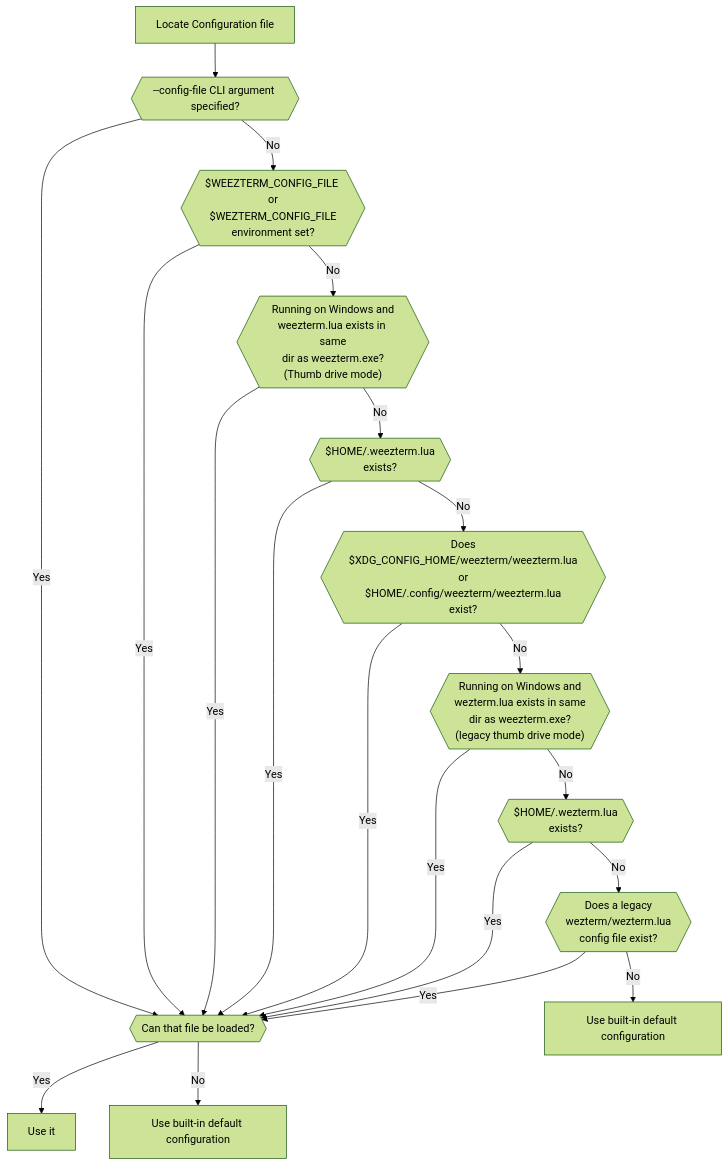
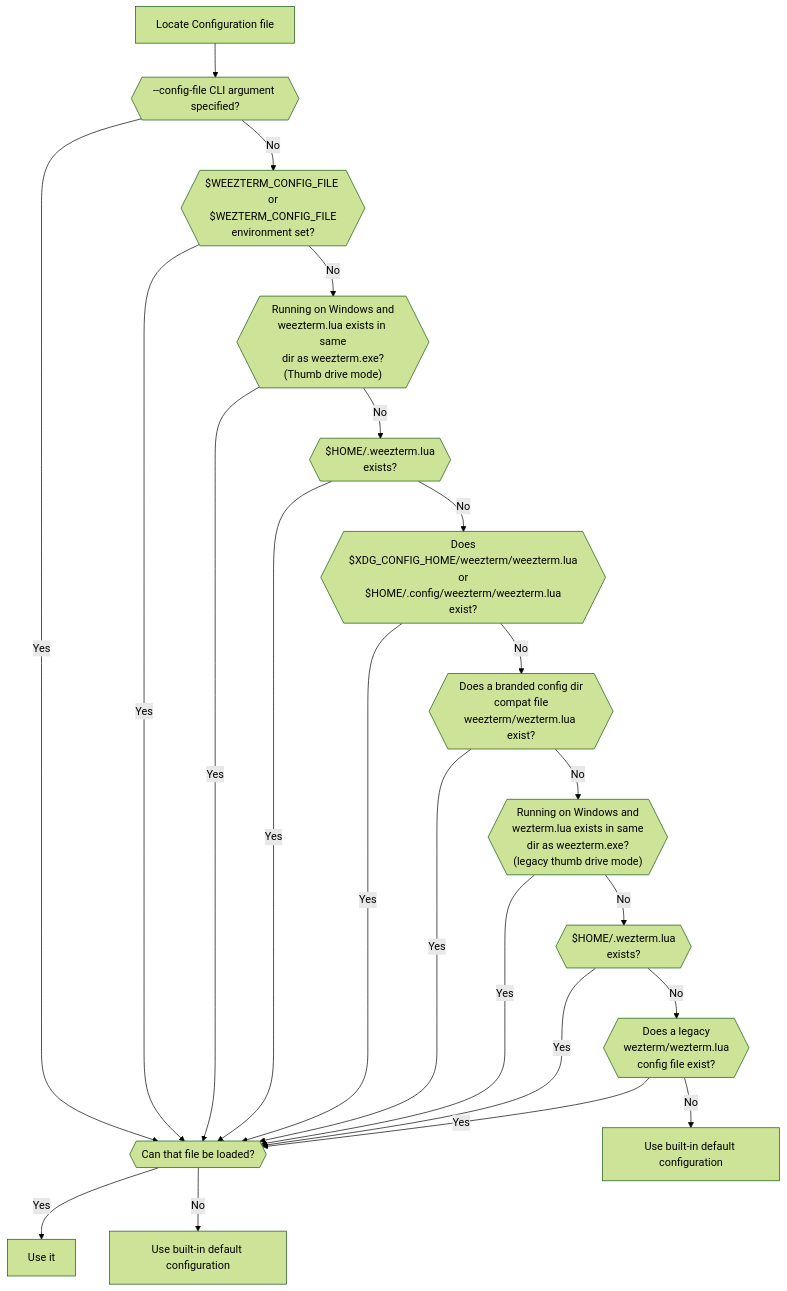
The diagram in docs/config/files.md (vicondoa/weezterm), drawn with Mermaid (forest theme) before and after one commit. The commit also changed other lines of this file and 2 other files, not shown here.

````diff
--- a/docs/config/files.md
+++ b/docs/config/files.md
@@ -62,22 +65,24 @@
 ```mermaid
 graph TD
   X[Locate Configuration file] --> A{{--config-file CLI argument specified?}}
   A -->|Yes| B{{Can that file be loaded?}}
   B -->|Yes| C[Use it]
   B -->|No| D[Use built-in default configuration]
   A -->|No| E{{$WEEZTERM_CONFIG_FILE or<br/>$WEZTERM_CONFIG_FILE<br/>environment set?}}
   E -->|Yes| B
   E -->|No| F{{"Running on Windows and<br/>weezterm.lua exists in same<br/>dir as weezterm.exe?<br/>(Thumb drive mode)"}}
   F -->|Yes| B
   F -->|No| G{{"$HOME/.weezterm.lua<br/>exists?"}}
   G -->|Yes| B
   G -->|No| H{{Does<br/>$XDG_CONFIG_HOME/weezterm/weezterm.lua<br/>or<br/>$HOME/.config/weezterm/weezterm.lua<br/>exist?}}
   H -->|Yes| B
-  H -->|No| I{{"Running on Windows and<br/>wezterm.lua exists in same<br/>dir as weezterm.exe?<br/>(legacy thumb drive mode)"}}
+  H -->|No| H2{{Does a branded config dir<br/>compat file<br/>weezterm/wezterm.lua exist?}}
+  H2 -->|Yes| B
+  H2 -->|No| I{{"Running on Windows and<br/>wezterm.lua exists in same<br/>dir as weezterm.exe?<br/>(legacy thumb drive mode)"}}
   I -->|Yes| B
   I -->|No| J{{"$HOME/.wezterm.lua<br/>exists?"}}
   J -->|Yes| B
   J -->|No| K{{Does a legacy<br/>wezterm/wezterm.lua<br/>config file exist?}}
   K -->|Yes| B
   K -->|No| L[Use built-in default configuration]
 ```
````
